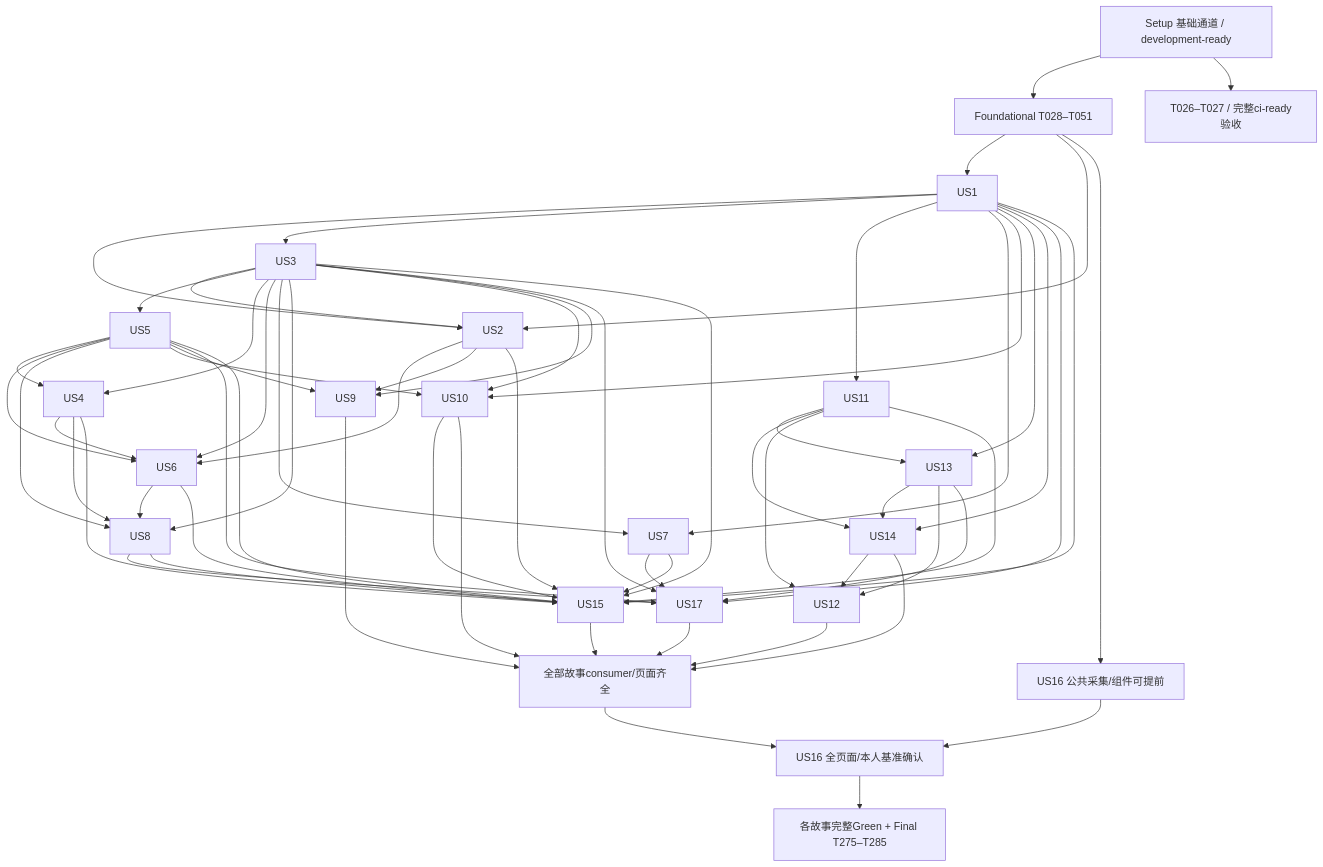
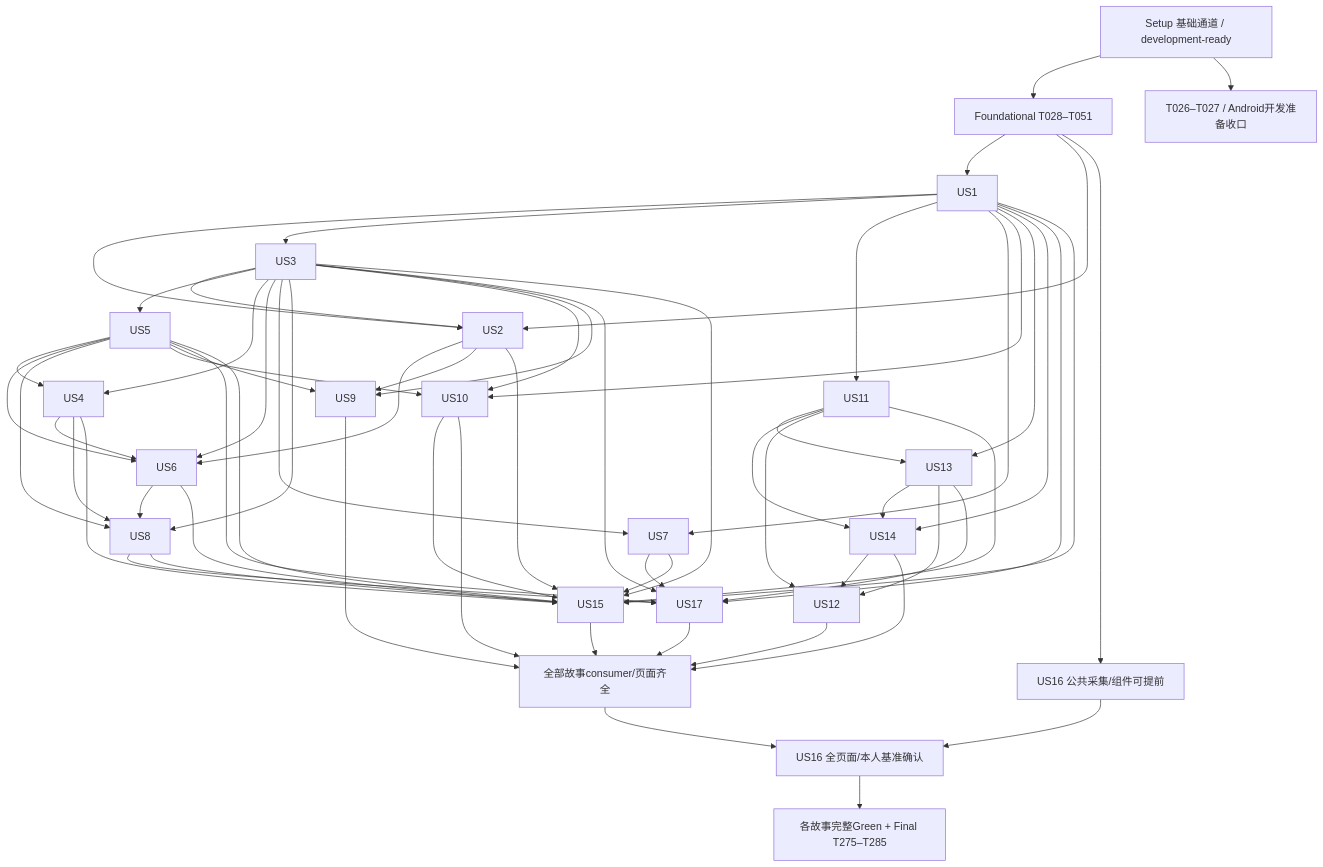
Before and after one commit to Self-Command/agora-weave: the diagram in specs/001-agoraweave-v1/tasks.md, drawn with Mermaid. The commit also changed other lines of this file and 18 other files, not shown here.

````diff
--- a/specs/001-agoraweave-v1/tasks.md
+++ b/specs/001-agoraweave-v1/tasks.md
@@ -754,64 +756,64 @@
 ```mermaid
 flowchart TD
   Setup["Setup 基础通道 / development-ready"] --> F["Foundational T028–T051"]
-  Setup --> CI["T026–T027 / 完整ci-ready验收"]
+  Setup --> CI["T026–T027 / Android开发准备收口"]
   F --> US1
   F --> US2
   US1 --> US2
   US3 --> US2
   US1 --> US3
   US3 --> US5
   US1 --> US11
   US3 --> US4
   US5 --> US4
   US2 --> US6
   US3 --> US6
   US4 --> US6
   US5 --> US6
   US1 --> US7
   US3 --> US7
   US3 --> US8
   US5 --> US8
   US4 --> US8
   US6 --> US8
   US1 --> US10
   US3 --> US10
   US5 --> US10
   US1 --> US13
   US11 --> US13
   US1 --> US14
   US11 --> US14
   US13 --> US14
   US11 --> US12
   US13 --> US12
   US14 --> US12
   US2 --> US9
   US3 --> US9
   US5 --> US9
   US1 --> US17
   US3 --> US17
   US5 --> US17
   US7 --> US17
   US8 --> US17
   US13 --> US17
   US1 --> US15
   US2 --> US15
   US3 --> US15
   US4 --> US15
   US5 --> US15
   US6 --> US15
   US7 --> US15
   US8 --> US15
   US10 --> US15
   US11 --> US15
   F --> UI["US16 公共采集/组件可提前"]
   US12 --> All["全部故事consumer/页面齐全"]
   US9 --> All
   US15 --> All
   US17 --> All
   US10 --> All
   US14 --> All
   All --> V16["US16 全页面/本人基准确认"]
   UI --> V16
   V16 --> Final["各故事完整Green + Final T275–T285"]
 ```
````
